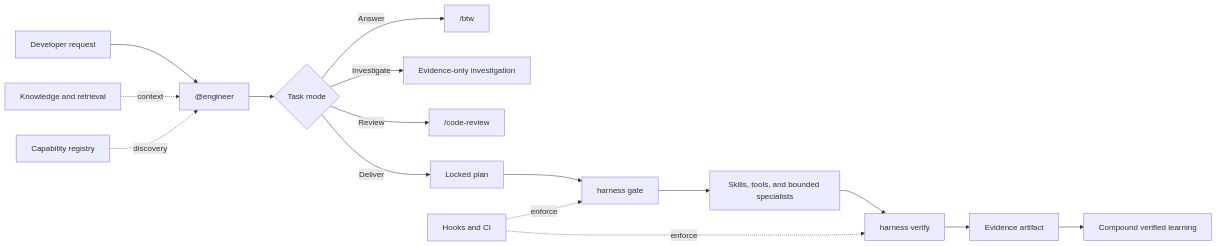
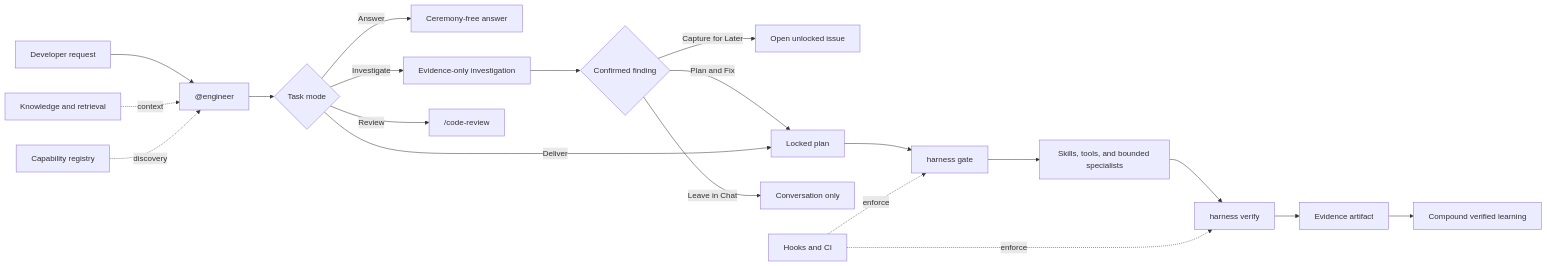
Before and after one commit to noodlemind/prompt-library: the diagram in docs/architecture/engineer-harness.md, drawn with Mermaid. The commit also changed other lines of this file and 217 other files, not shown here.

````diff
--- a/docs/architecture/engineer-harness.md
+++ b/docs/architecture/engineer-harness.md
@@ -9,18 +9,22 @@
 ```mermaid
 flowchart LR
   U["Developer request"] --> E["@engineer"]
   E --> M{"Task mode"}
-  M -->|"Answer"| B["/btw"]
+  M -->|"Answer"| B["Ceremony-free answer"]
   M -->|"Investigate"| I["Evidence-only investigation"]
+  I --> D{"Confirmed finding"}
+  D -->|"Capture for Later"| O["Open unlocked issue"]
+  D -->|"Plan and Fix"| P
+  D -->|"Leave in Chat"| CHAT["Conversation only"]
   M -->|"Review"| R["/code-review"]
   M -->|"Deliver"| P["Locked plan"]
   P --> G["harness gate"]
   G --> W["Skills, tools, and bounded specialists"]
   W --> V["harness verify"]
   V --> EVID["Evidence artifact"]
   EVID --> C["Compound verified learning"]
   H["Hooks and CI"] -. enforce .-> G
   H -. enforce .-> V
   K["Knowledge and retrieval"] -. context .-> E
   REG["Capability registry"] -. discovery .-> E
 ```
````
